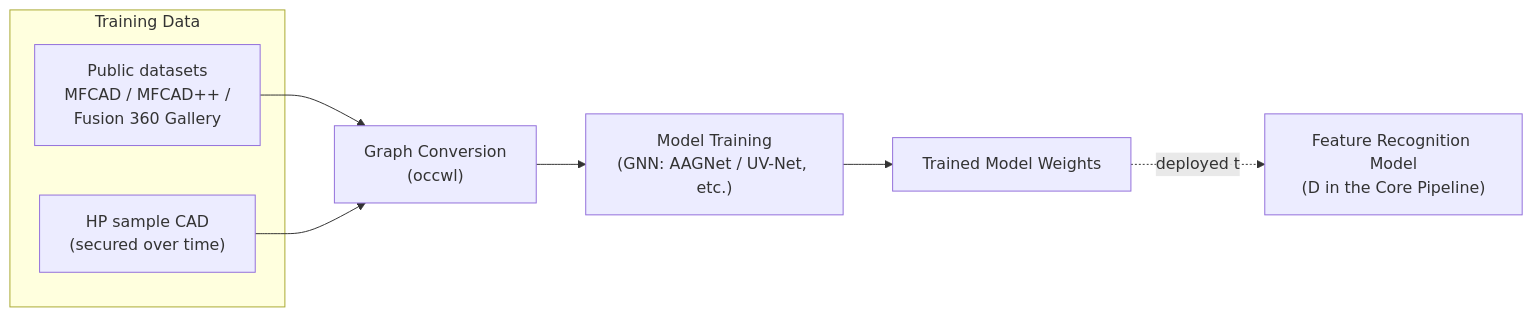
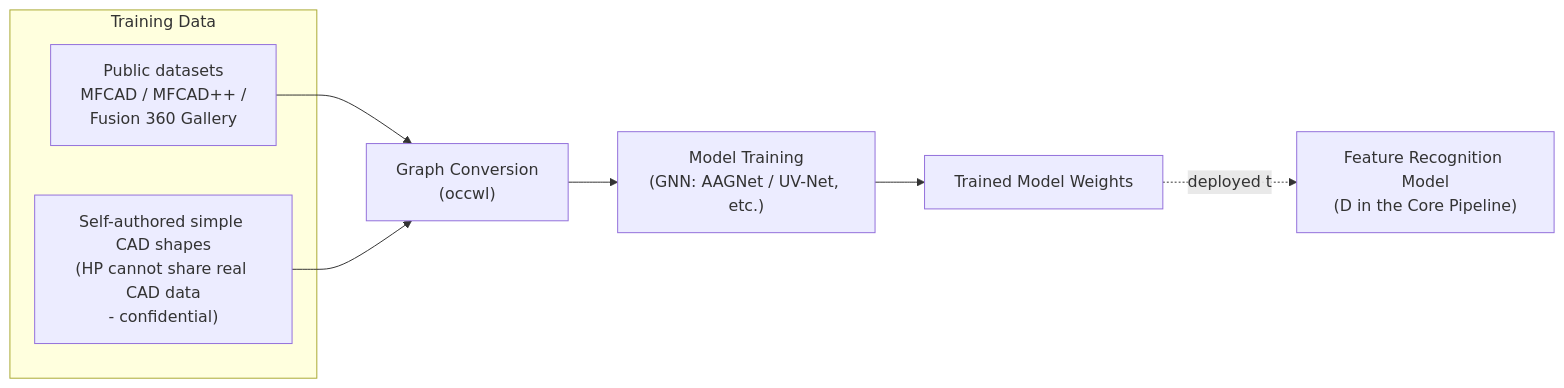
Before and after one commit to Junoh-Lee111/CapstoneProject-HP-Mold-Part-Defeaturing: the second of 2 diagrams in docs/architecture.md, drawn with Mermaid. The commit also changed other lines of this file and 2 other files, not shown here.

First line of the commit message:
Confirm no HP CAD data will be provided; use self-authored shapes

````diff
--- a/docs/architecture.md
+++ b/docs/architecture.md
@@ -42,15 +42,15 @@
 ```mermaid
 flowchart LR
     subgraph DATA["Training Data"]
         K1["Public datasets\nMFCAD / MFCAD++ /\nFusion 360 Gallery"]
-        K2["HP sample CAD\n(secured over time)"]
+        K2["Self-authored simple CAD shapes\n(HP cannot share real CAD data\n- confidential)"]
     end
     L["Graph Conversion\n(occwl)"]
     M["Model Training\n(GNN: AAGNet / UV-Net, etc.)"]
     N["Trained Model Weights"]
 
     K1 --> L
     K2 --> L
     L --> M --> N
     N -.deployed to.-> D2["Feature Recognition Model\n(D in the Core Pipeline)"]
 ```
````
